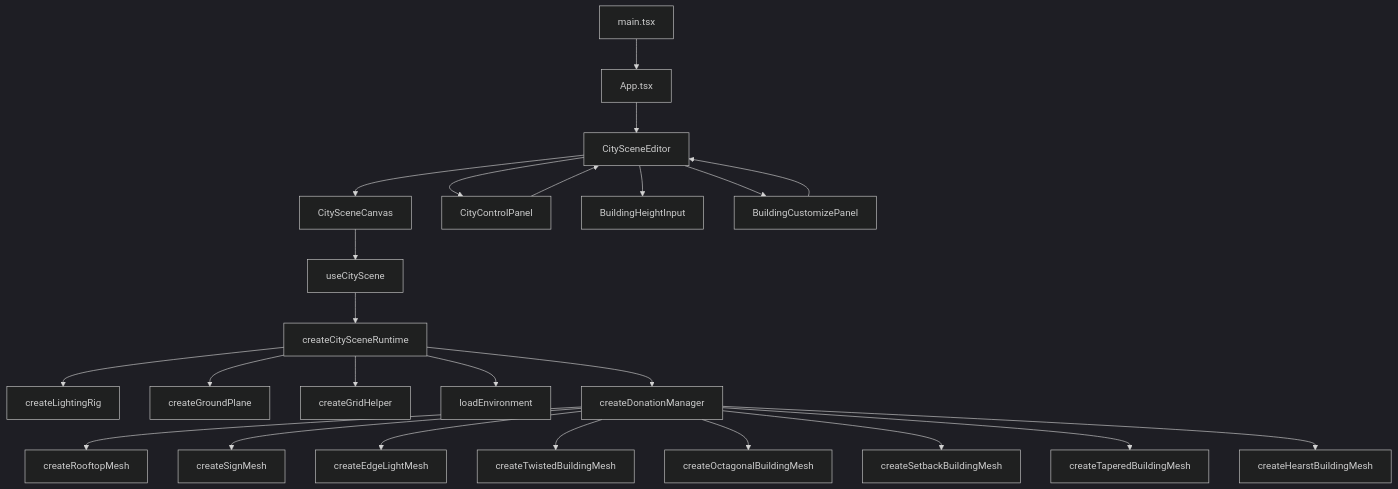
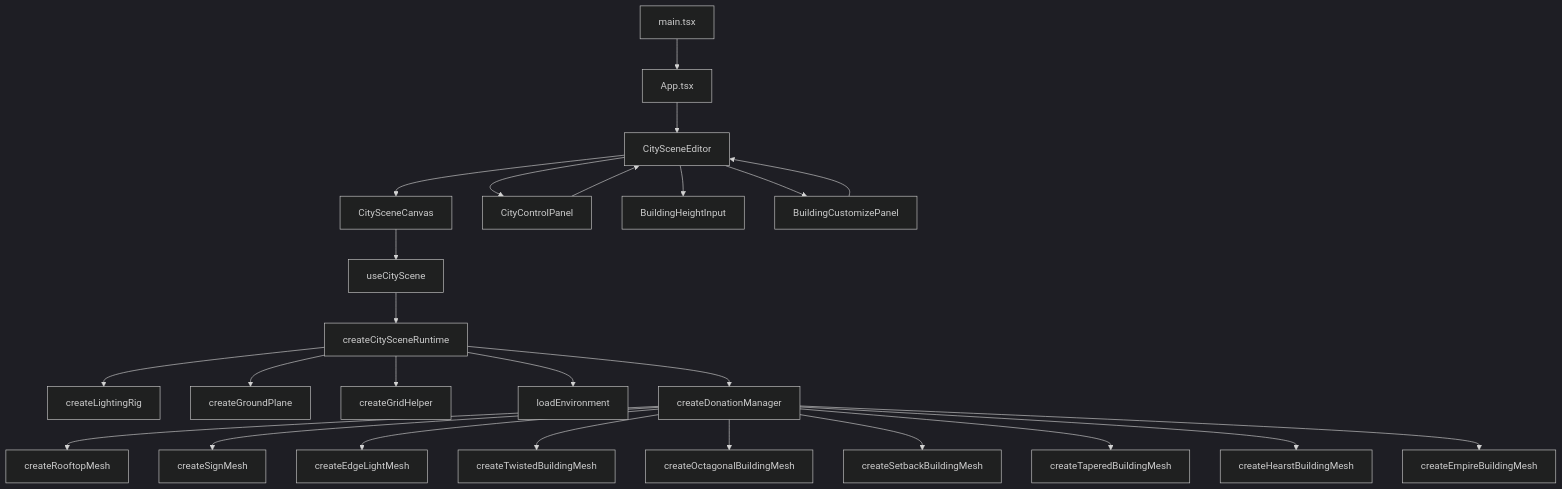
One commit to RaeII/pixcity changed the first of 2 diagrams in doc-pixcity/index.md. Above: the diagram before and after it, drawn with Mermaid (dark theme). The commit also changed other lines of this file and 10 other files, not shown here.

````diff
--- a/doc-pixcity/index.md
+++ b/doc-pixcity/index.md
@@ -168,26 +169,27 @@
 ```mermaid
 flowchart TD
     A[main.tsx] --> B[App.tsx]
     B --> C[CitySceneEditor]
     C --> D[CitySceneCanvas]
     C --> E[CityControlPanel]
     C --> F[BuildingHeightInput]
     C --> P[BuildingCustomizePanel]
     D --> G[useCityScene]
     G --> H[createCitySceneRuntime]
     H --> I[createLightingRig]
     H --> J[createGroundPlane]
     H --> K[createGridHelper]
     H --> L[loadEnvironment]
     H --> M[createDonationManager]
     M --> N[createRooftopMesh]
     M --> O[createSignMesh]
     M --> Q[createEdgeLightMesh]
     M --> T[createTwistedBuildingMesh]
     M --> U[createOctagonalBuildingMesh]
     M --> V[createSetbackBuildingMesh]
     M --> W[createTaperedBuildingMesh]
     M --> X[createHearstBuildingMesh]
+    M --> Y[createEmpireBuildingMesh]
     E --> C
     P --> C
 ```
````
